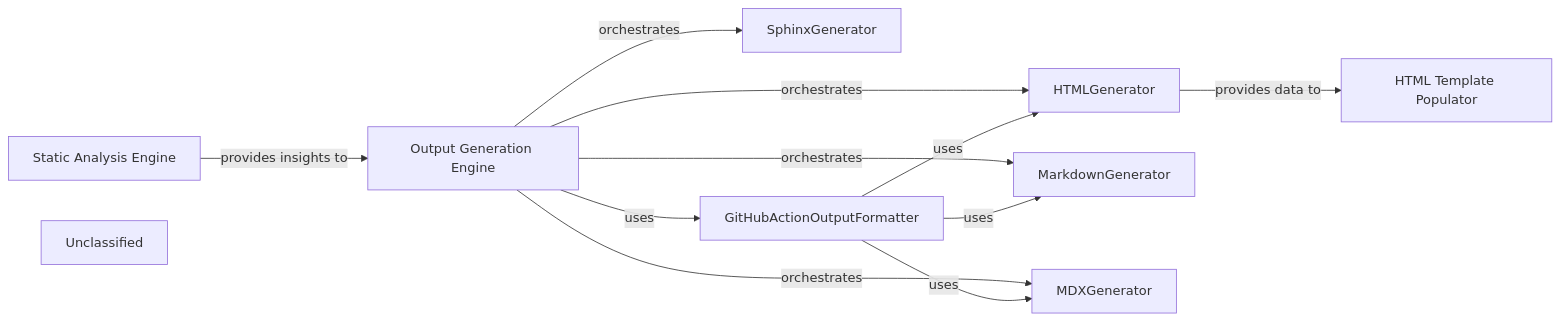
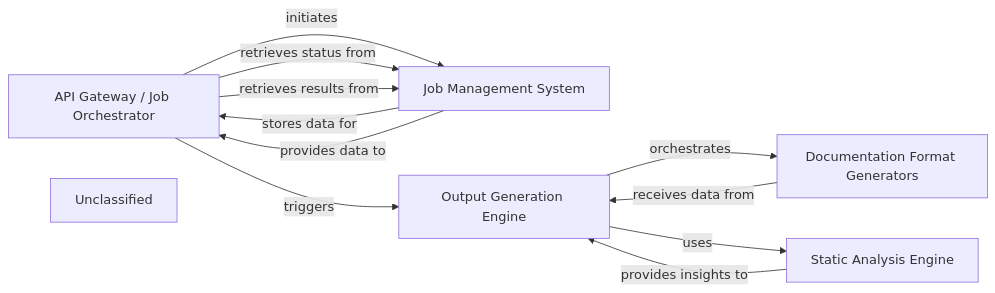
Before and after one commit to mariyam866/CodeBoarding: the diagram in .codeboarding/Output_Generation_Engine.md, drawn with Mermaid. The commit also changed other lines of this file and 15 other files, not shown here.

First line of the commit message:
docs: update codeboarding documentation and generate architecture

````diff
--- a/.codeboarding/Output_Generation_Engine.md
+++ b/.codeboarding/Output_Generation_Engine.md
@@ -1,24 +1,21 @@
 ```mermaid
 graph LR
+    API_Gateway_Job_Orchestrator["API Gateway / Job Orchestrator"]
+    Job_Management_System["Job Management System"]
     Static_Analysis_Engine["Static Analysis Engine"]
     Output_Generation_Engine["Output Generation Engine"]
-    HTMLGenerator["HTMLGenerator"]
-    MarkdownGenerator["MarkdownGenerator"]
-    MDXGenerator["MDXGenerator"]
-    SphinxGenerator["SphinxGenerator"]
-    GitHubActionOutputFormatter["GitHubActionOutputFormatter"]
-    HTML_Template_Populator["HTML Template Populator"]
+    Documentation_Format_Generators["Documentation Format Generators"]
     Unclassified["Unclassified"]
+    API_Gateway_Job_Orchestrator -- "initiates" --> Job_Management_System
+    API_Gateway_Job_Orchestrator -- "triggers" --> Output_Generation_Engine
+    API_Gateway_Job_Orchestrator -- "retrieves status from" --> Job_Management_System
+    API_Gateway_Job_Orchestrator -- "retrieves results from" --> Job_Management_System
+    Job_Management_System -- "stores data for" --> API_Gateway_Job_Orchestrator
+    Job_Management_System -- "provides data to" --> API_Gateway_Job_Orchestrator
     Static_Analysis_Engine -- "provides insights to" --> Output_Generation_Engine
-    Output_Generation_Engine -- "orchestrates" --> HTMLGenerator
-    Output_Generation_Engine -- "orchestrates" --> MarkdownGenerator
-    Output_Generation_Engine -- "orchestrates" --> MDXGenerator
-    Output_Generation_Engine -- "orchestrates" --> SphinxGenerator
-    Output_Generation_Engine -- "uses" --> GitHubActionOutputFormatter
-    HTMLGenerator -- "provides data to" --> HTML_Template_Populator
-    GitHubActionOutputFormatter -- "uses" --> HTMLGenerator
-    GitHubActionOutputFormatter -- "uses" --> MarkdownGenerator
-    GitHubActionOutputFormatter -- "uses" --> MDXGenerator
+    Output_Generation_Engine -- "orchestrates" --> Documentation_Format_Generators
+    Output_Generation_Engine -- "uses" --> Static_Analysis_Engine
+    Documentation_Format_Generators -- "receives data from" --> Output_Generation_Engine
     click Static_Analysis_Engine href "https://github.com/CodeBoarding/CodeBoarding/blob/main/.codeboarding/Static_Analysis_Engine.md" "Details"
     click Output_Generation_Engine href "https://github.com/CodeBoarding/CodeBoarding/blob/main/.codeboarding/Output_Generation_Engine.md" "Details"
 ```
````
